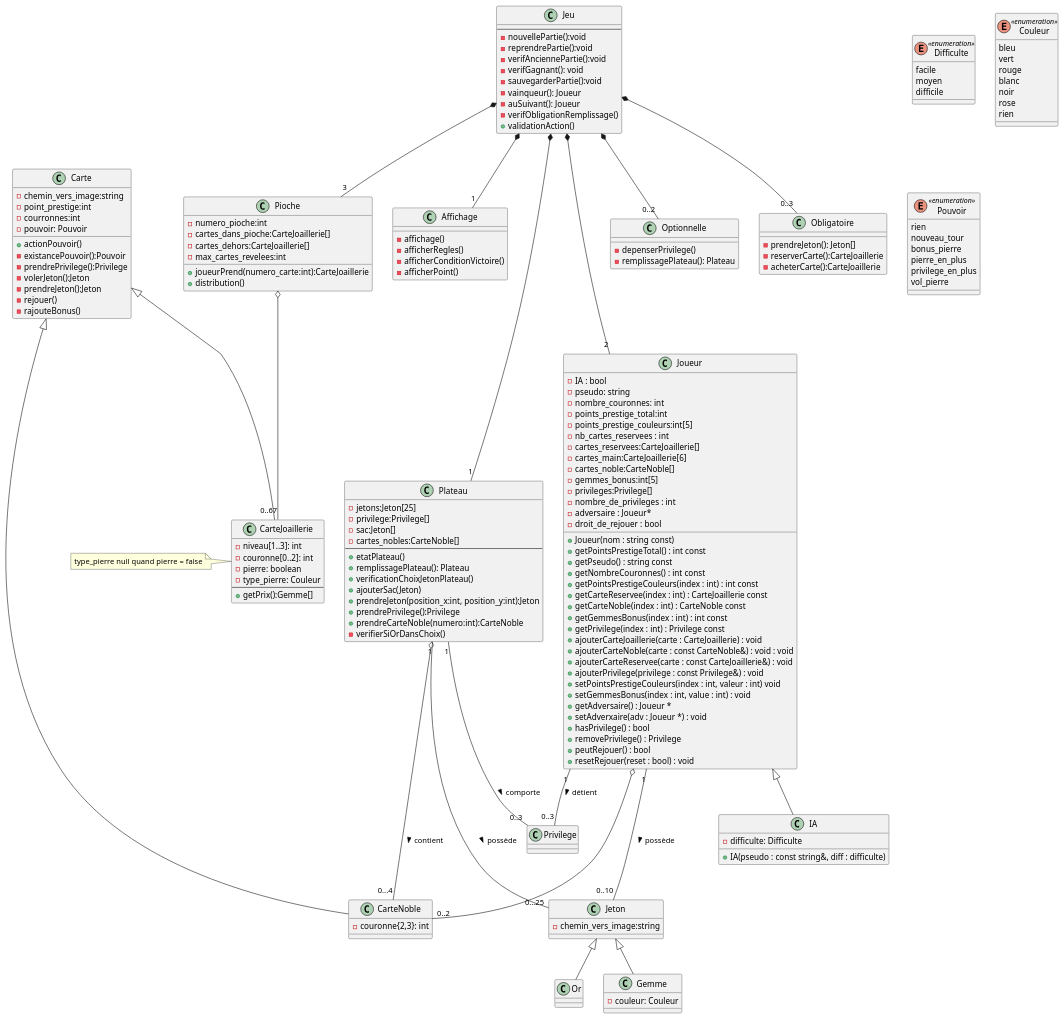
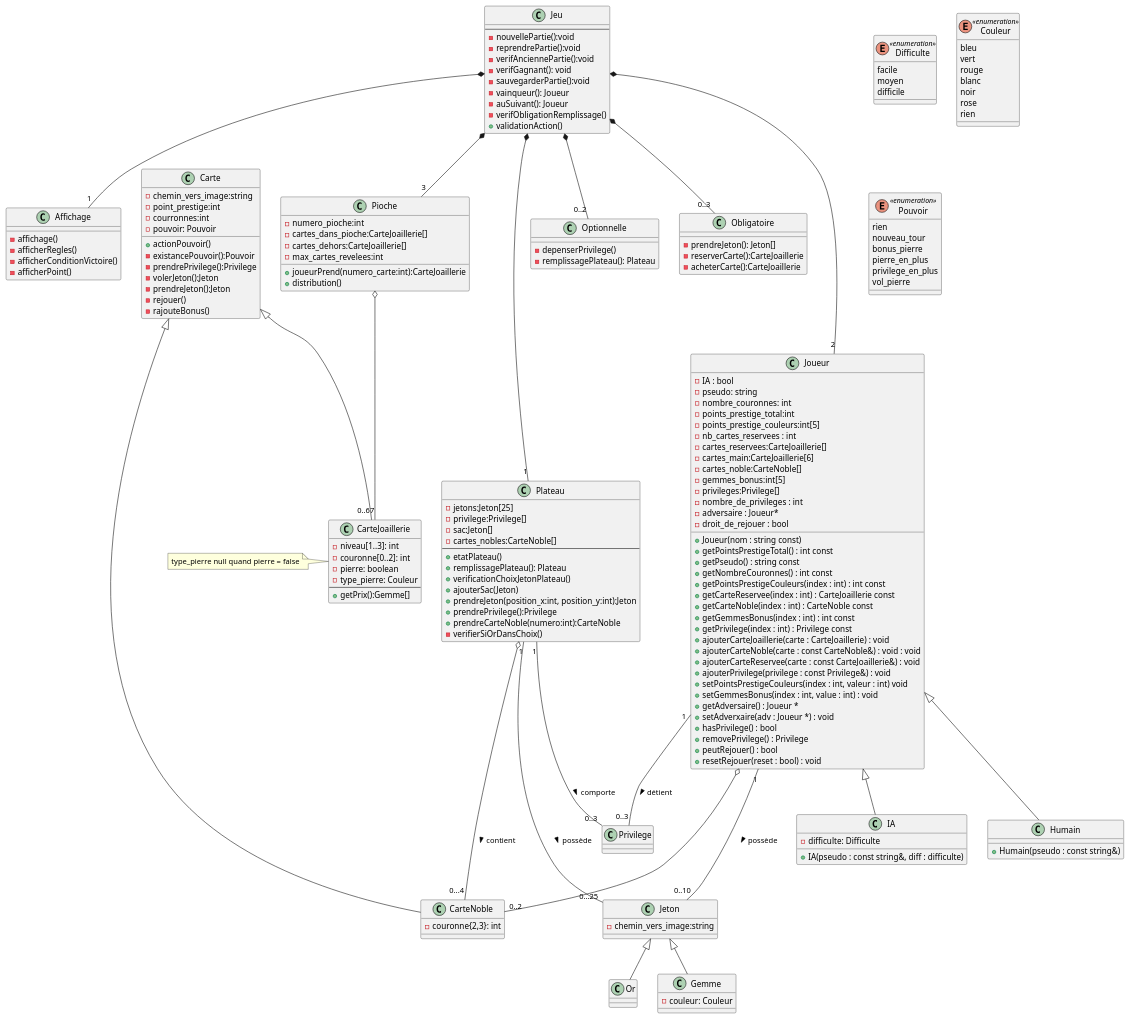
The diagram in SplendorUML.puml (LaylaLunae/Splendor-duel), drawn with PlantUML before and after one commit. The commit also changed 2 other files, not shown here.

```diff
--- a/SplendorUML.puml
+++ b/SplendorUML.puml
@@ -81,6 +81,10 @@
 class IA {
 - difficulte: Difficulte
 + IA(pseudo : const string&, diff : difficulte)
+}
+
+class Humain {
++ Humain(pseudo : const string&)
 }
 
 enum Difficulte <<enumeration>> {
@@ -168,8 +172,8 @@
 - acheterCarte():CarteJoaillerie
 }
 
-
 Joueur <|-- IA
+Joueur <|-- Humain
 
 Jeu *--- "1" Plateau
 Jeu *-- "2" Joueur
```
